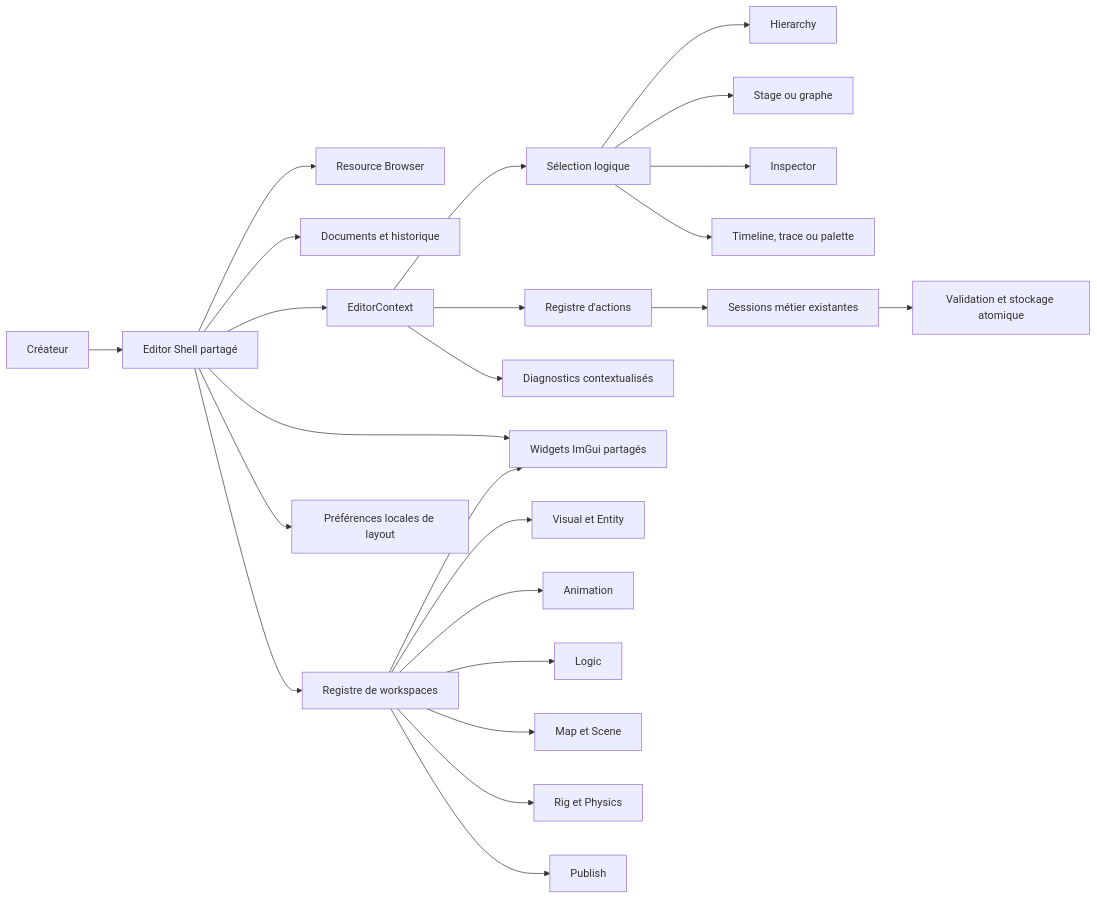
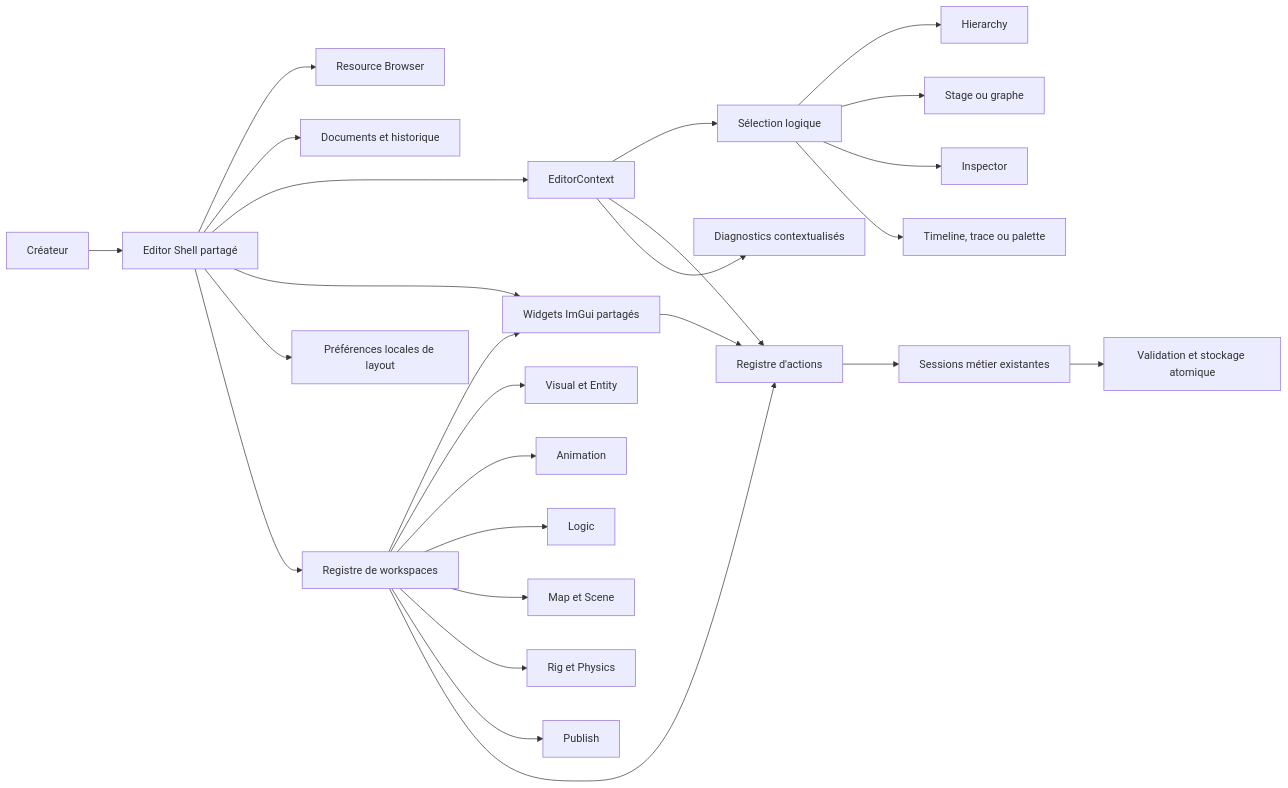
The second of 3 diagrams in docs/architecture/components/studio-ux.md (tristan-monticelli/vertex-loom), drawn with Mermaid before and after one commit. The commit also changed other lines of this file and 7 other files, not shown here.

````diff
--- a/docs/architecture/components/studio-ux.md
+++ b/docs/architecture/components/studio-ux.md
@@ -146,26 +149,28 @@
 ```mermaid
 flowchart LR
     User[Créateur] --> Shell[Editor Shell partagé]
     Shell --> Browser[Resource Browser]
     Shell --> Tabs[Documents et historique]
     Shell --> Context[EditorContext]
     Shell --> SharedWidgets[Widgets ImGui partagés]
     Shell --> Preferences[Préférences locales de layout]
     Context --> Selection[Sélection logique]
     Context --> Actions[Registre d'actions]
     Context --> Diagnostics[Diagnostics contextualisés]
     Shell --> Workspaces[Registre de workspaces]
     Workspaces --> SharedWidgets
     Workspaces --> Visual[Visual et Entity]
     Workspaces --> Animation[Animation]
     Workspaces --> Logic[Logic]
     Workspaces --> Map[Map et Scene]
     Workspaces --> Rig[Rig et Physics]
     Workspaces --> Publish[Publish]
     Selection --> Hierarchy[Hierarchy]
     Selection --> Stage[Stage ou graphe]
     Selection --> Inspector[Inspector]
     Selection --> TaskDock[Timeline, trace ou palette]
+    SharedWidgets --> Actions
+    Workspaces --> Actions
     Actions --> Sessions[Sessions métier existantes]
     Sessions --> Storage[Validation et stockage atomique]
 ```
````
